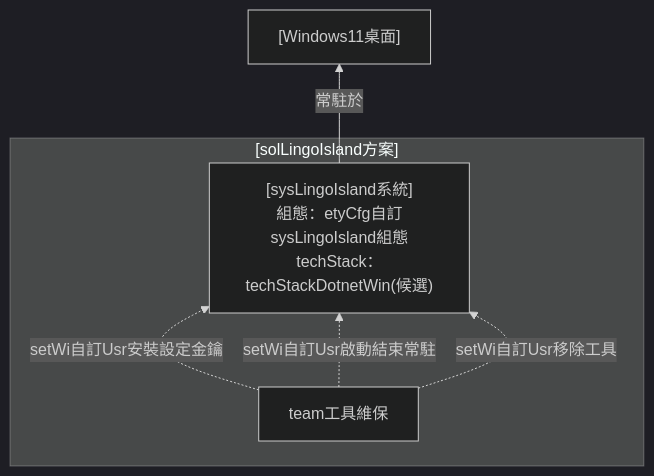
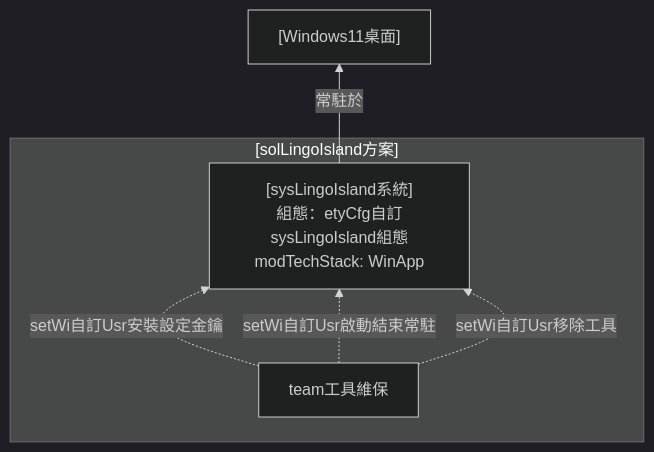
One commit to twStellarWhale-Ocean/solLingoIsland changed the fourth of 6 diagrams in docs/design.md. Above: the diagram before and after it, drawn with Mermaid (dark theme). The commit also changed other lines of this file and 12 other files, not shown here.

````diff
--- a/docs/design.md
+++ b/docs/design.md
@@ -278,14 +221,14 @@
 ```mermaid
 flowchart BT
 
 subgraph SOL["[solLingoIsland方案]"]
   ADM["team工具維保"]
-  SYS["[sysLingoIsland系統]<br/>組態：etyCfg自訂sysLingoIsland組態<br/>techStack：techStackDotnetWin(候選)"]
+  SYS["[sysLingoIsland系統]<br/>組態：etyCfg自訂sysLingoIsland組態<br/>modTechStack: WinApp"]
   ADM -.->|"setWi自訂Usr安裝設定金鑰"| SYS
   ADM -.->|"setWi自訂Usr啟動結束常駐"| SYS
   ADM -.->|"setWi自訂Usr移除工具"| SYS
 end
 
 ENV["[Windows11桌面]"]
 SYS -->|"常駐於"| ENV
 ```
````
